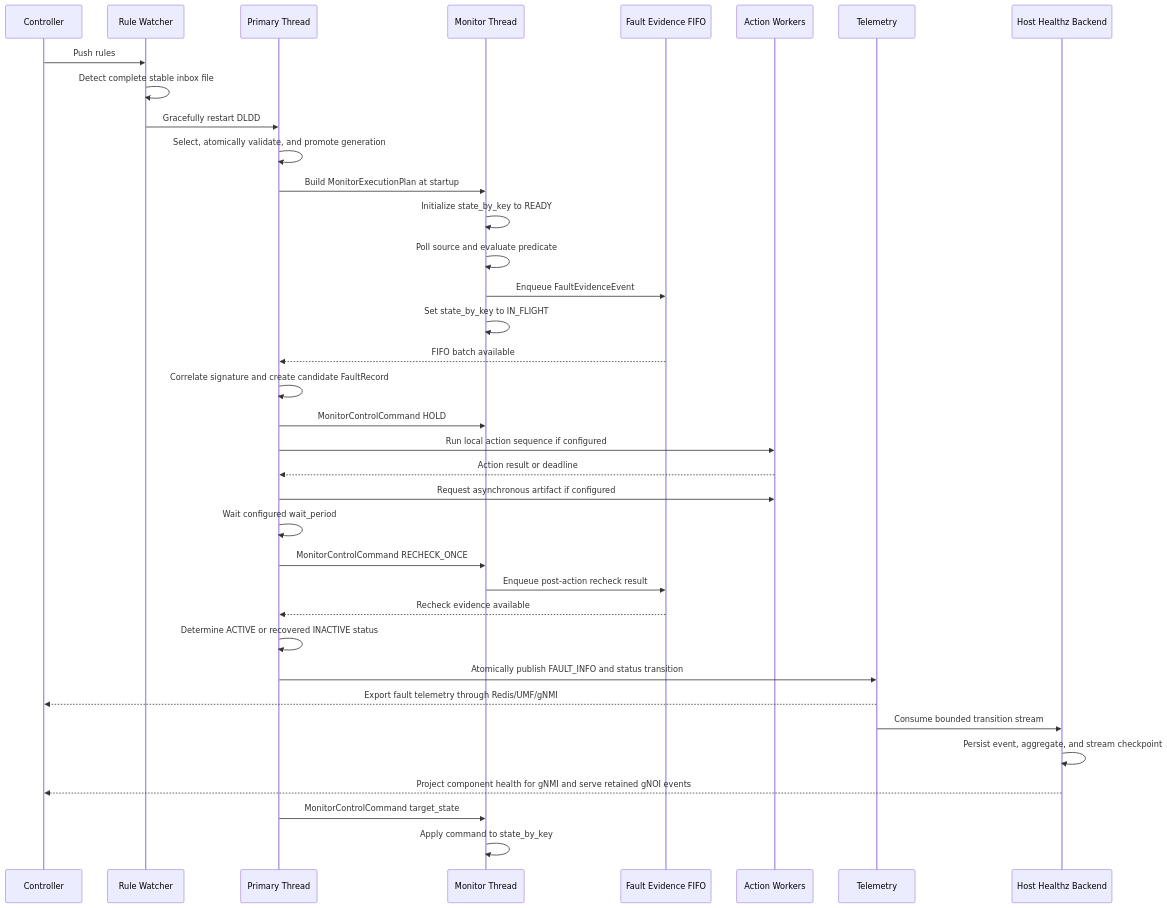
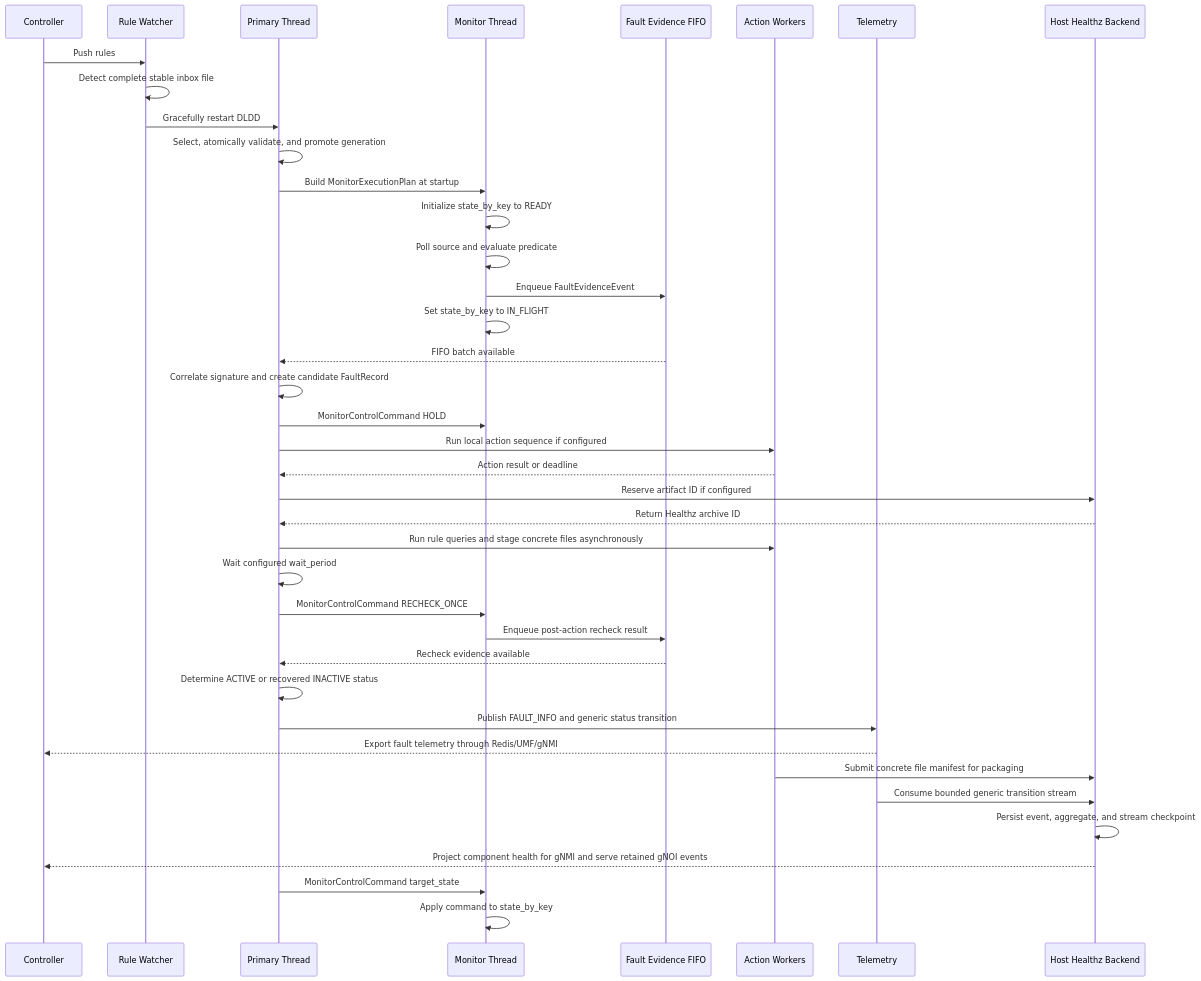
One commit to gregoryboudreau/SONiC changed the second of 2 diagrams in doc/device_local_diagnosis/device-local-diagnosis-daemon.md. Above: the diagram before and after it, drawn with Mermaid. The commit also changed other lines of this file and 2 other files, not shown here.

Commit message:
Document standalone Healthz and DLDD integration

````diff
--- a/doc/device_local_diagnosis/device-local-diagnosis-daemon.md
+++ b/doc/device_local_diagnosis/device-local-diagnosis-daemon.md
@@ -195,39 +197,42 @@
 ```mermaid
 sequenceDiagram
   participant C as Controller
   participant W as Rule Watcher
   participant P as Primary Thread
   participant M as Monitor Thread
   participant Q as Fault Evidence FIFO
   participant A as Action Workers
   participant T as Telemetry
   participant H as Host Healthz Backend
 
   C->>W: Push rules
   W->>W: Detect complete stable inbox file
   W->>P: Gracefully restart DLDD
   P->>P: Select, atomically validate, and promote generation
   P->>M: Build MonitorExecutionPlan at startup
   M->>M: Initialize state_by_key to READY
   M->>M: Poll source and evaluate predicate
   M->>Q: Enqueue FaultEvidenceEvent
   M->>M: Set state_by_key to IN_FLIGHT
   Q-->>P: FIFO batch available
   P->>P: Correlate signature and create candidate FaultRecord
   P->>M: MonitorControlCommand HOLD
   P->>A: Run local action sequence if configured
   A-->>P: Action result or deadline
-  P->>A: Request asynchronous artifact if configured
+  P->>H: Reserve artifact ID if configured
+  H-->>P: Return Healthz archive ID
+  P->>A: Run rule queries and stage concrete files asynchronously
   P->>P: Wait configured wait_period
   P->>M: MonitorControlCommand RECHECK_ONCE
   M->>Q: Enqueue post-action recheck result
   Q-->>P: Recheck evidence available
   P->>P: Determine ACTIVE or recovered INACTIVE status
-  P->>T: Atomically publish FAULT_INFO and status transition
+  P->>T: Publish FAULT_INFO and generic status transition
   T-->>C: Export fault telemetry through Redis/UMF/gNMI
-  T->>H: Consume bounded transition stream
+  A->>H: Submit concrete file manifest for packaging
+  T->>H: Consume bounded generic transition stream
   H->>H: Persist event, aggregate, and stream checkpoint
   H-->>C: Project component health for gNMI and serve retained gNOI events
   P->>M: MonitorControlCommand target_state
   M->>M: Apply command to state_by_key
 ```
````
